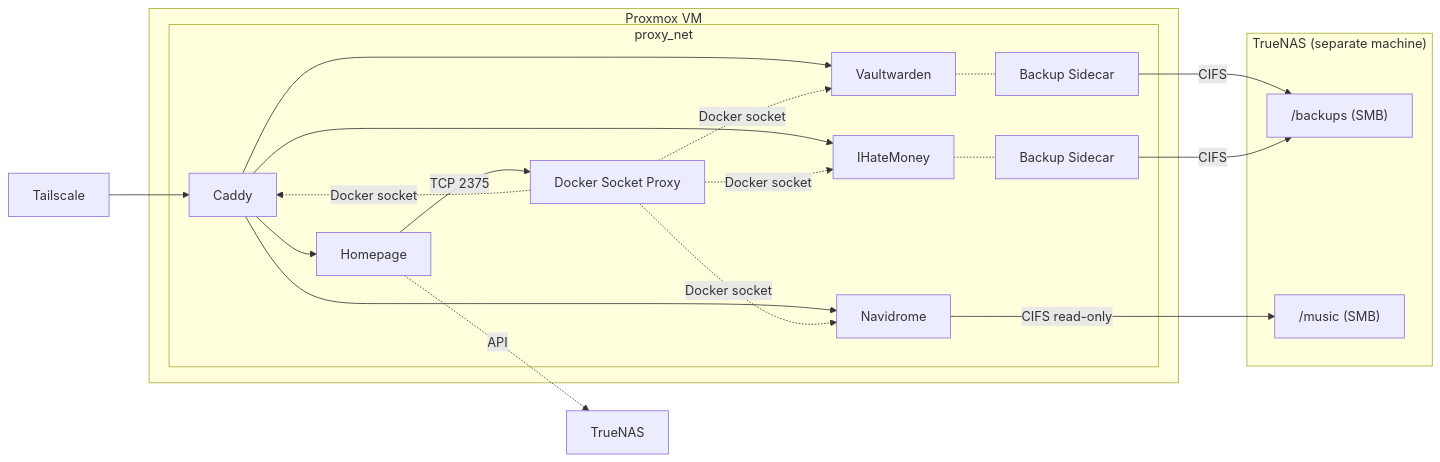
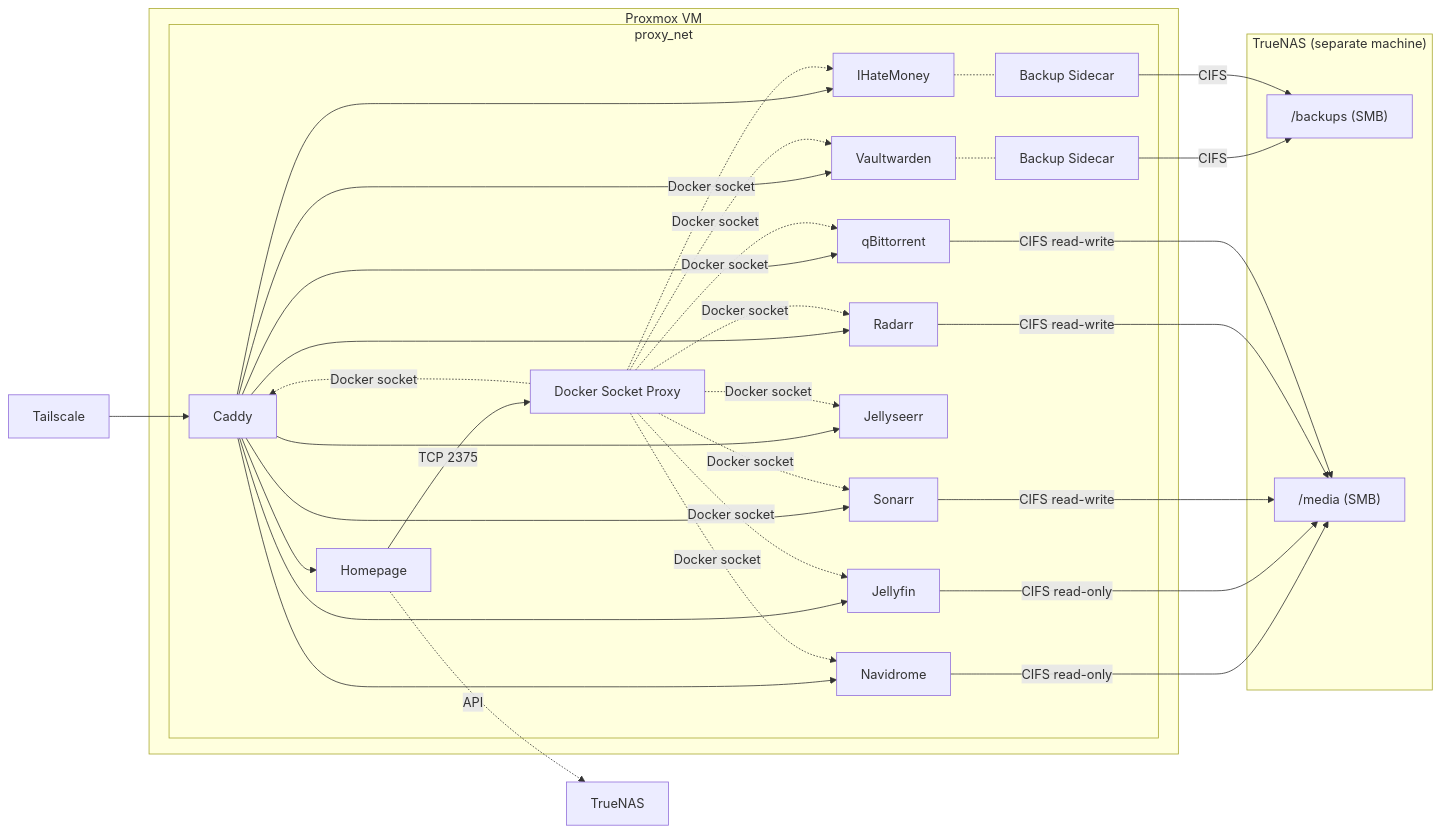
One commit to masolnada/homelab changed the first of 2 diagrams in README.md. Above: the diagram before and after it, drawn with Mermaid. The commit also changed other lines of this file and 13 other files, not shown here.

First line of the commit message:
feat: add Jellyfin, Jellyseerr, Sonarr, Radarr and qBittorrent stacks

````diff
--- a/README.md
+++ b/README.md
@@ -7,31 +7,45 @@
 ```mermaid
 graph LR
     TS[Tailscale] --> Caddy
 
     subgraph VM["Proxmox VM"]
         subgraph proxy_net
             Caddy --> Homepage
             Caddy --> Vaultwarden
             Caddy --> Navidrome
             Caddy --> IHateMoney
+            Caddy --> Jellyfin
+            Caddy --> Jellyseerr
+            Caddy --> Sonarr
+            Caddy --> Radarr
+            Caddy --> qBittorrent
             Homepage -->|TCP 2375| DockerProxy[Docker Socket Proxy]
             DockerProxy -.->|Docker socket| Caddy
             DockerProxy -.->|Docker socket| Vaultwarden
             DockerProxy -.->|Docker socket| Navidrome
             DockerProxy -.->|Docker socket| IHateMoney
+            DockerProxy -.->|Docker socket| Jellyfin
+            DockerProxy -.->|Docker socket| Jellyseerr
+            DockerProxy -.->|Docker socket| Sonarr
+            DockerProxy -.->|Docker socket| Radarr
+            DockerProxy -.->|Docker socket| qBittorrent
             Vaultwarden -.- Backup[Backup Sidecar]
             IHateMoney -.- IHMBackup[Backup Sidecar]
         end
     end
 
     subgraph NAS["TrueNAS (separate machine)"]
         backups["/backups (SMB)"]
-        music["/music (SMB)"]
+        media["/media (SMB)"]
     end
 
     Homepage -.->|API| TrueNAS
 
     Backup -->|CIFS| backups
     IHMBackup -->|CIFS| backups
-    Navidrome -->|CIFS read-only| music
+    Navidrome -->|CIFS read-only| media
+    Jellyfin -->|CIFS read-only| media
+    Sonarr -->|CIFS read-write| media
+    Radarr -->|CIFS read-write| media
+    qBittorrent -->|CIFS read-write| media
 ```
````
